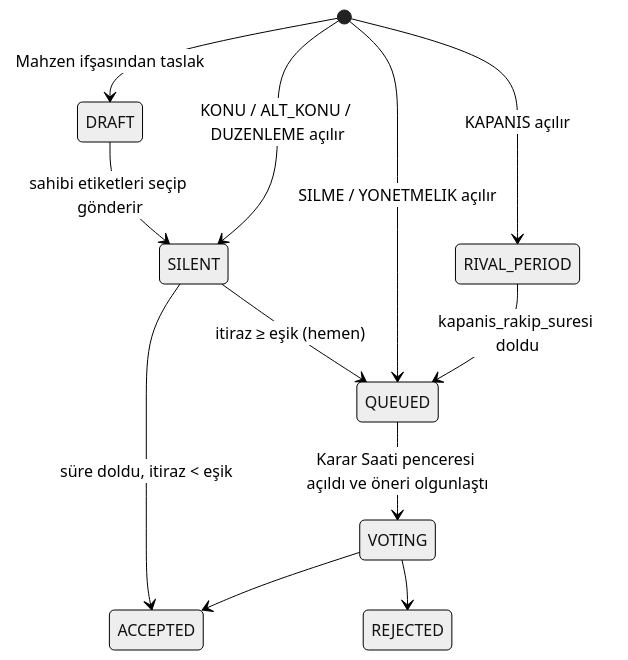
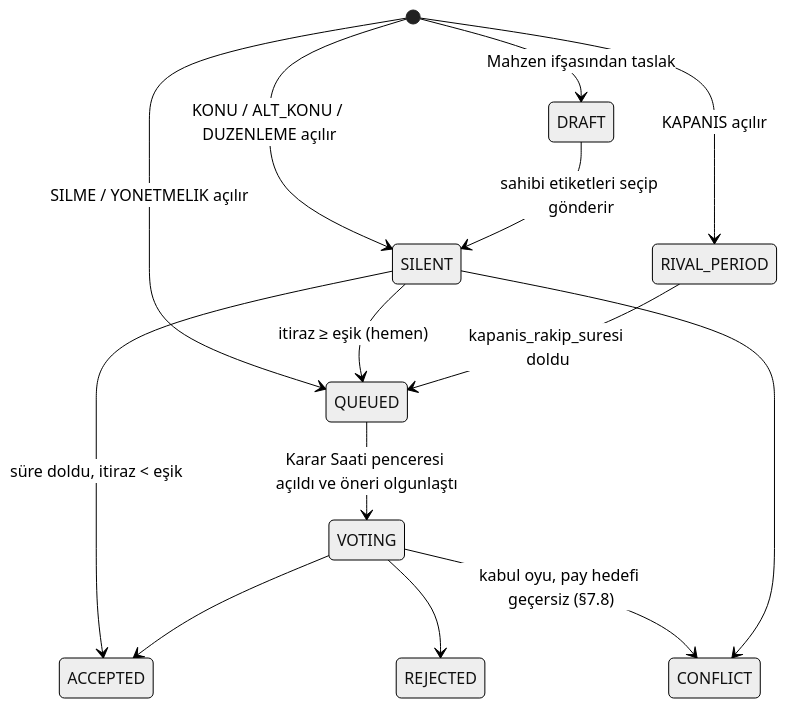
The second of 2 diagrams in DESIGN.md (tugra8005/SWENG-for-AI-assignment-1), drawn with Mermaid (neutral theme) before and after one commit. The commit also changed other lines of this file and 2 other files, not shown here.

````diff
--- a/DESIGN.md
+++ b/DESIGN.md
@@ -315,14 +343,16 @@
 ```mermaid
 stateDiagram-v2
   [*] --> DRAFT: Mahzen ifşasından taslak
   [*] --> SILENT: KONU / ALT_KONU / DUZENLEME açılır
   [*] --> QUEUED: SILME / YONETMELIK açılır
   [*] --> RIVAL_PERIOD: KAPANIS açılır
   DRAFT --> SILENT: sahibi etiketleri seçip gönderir
   SILENT --> ACCEPTED: süre doldu, itiraz < eşik
   SILENT --> QUEUED: itiraz ≥ eşik (hemen)
   RIVAL_PERIOD --> QUEUED: kapanis_rakip_suresi doldu
   QUEUED --> VOTING: Karar Saati penceresi açıldı ve öneri olgunlaştı
   VOTING --> ACCEPTED
   VOTING --> REJECTED
+  VOTING --> CONFLICT: kabul oyu, pay hedefi geçersiz (§7.8)
+  SILENT --> CONFLICT
 ```
````
